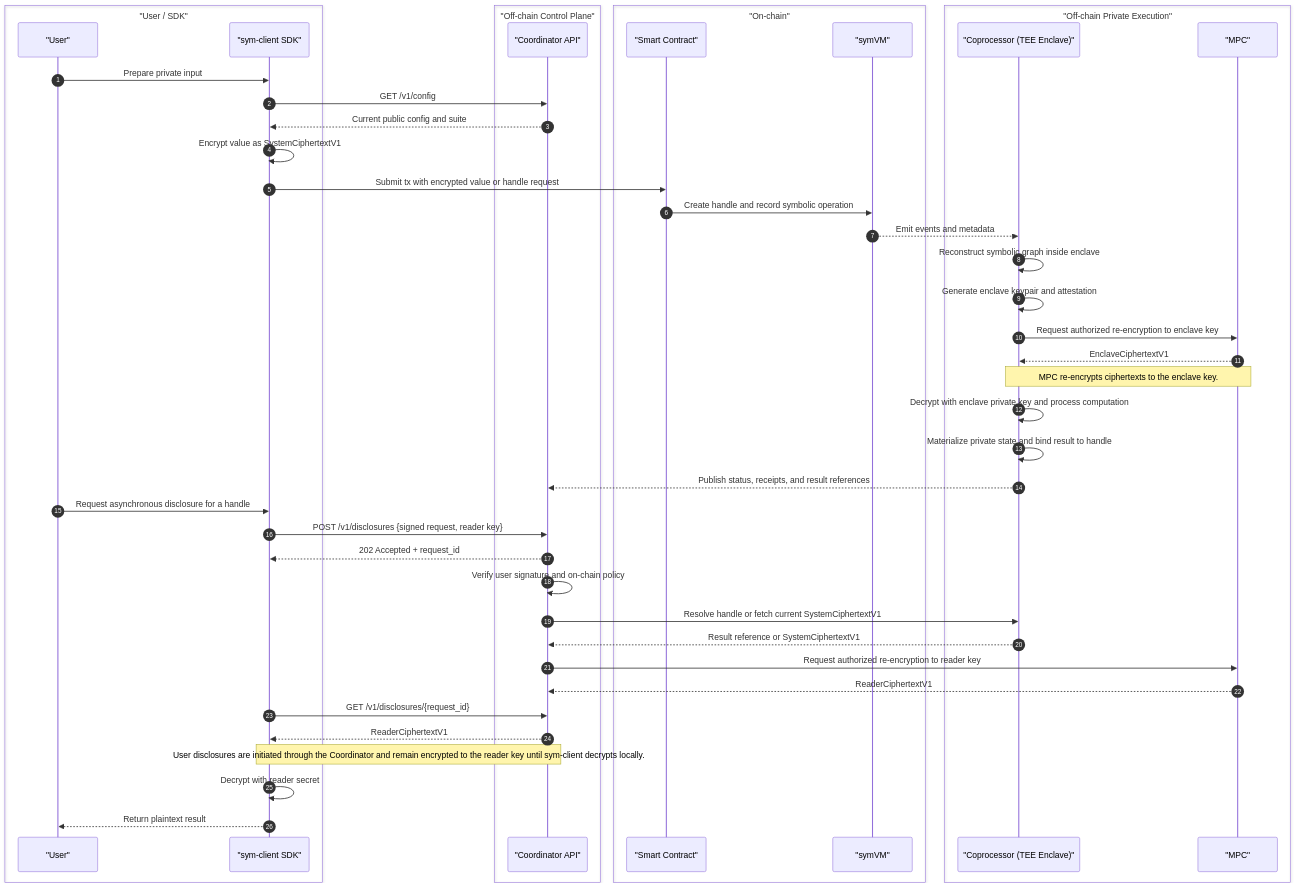
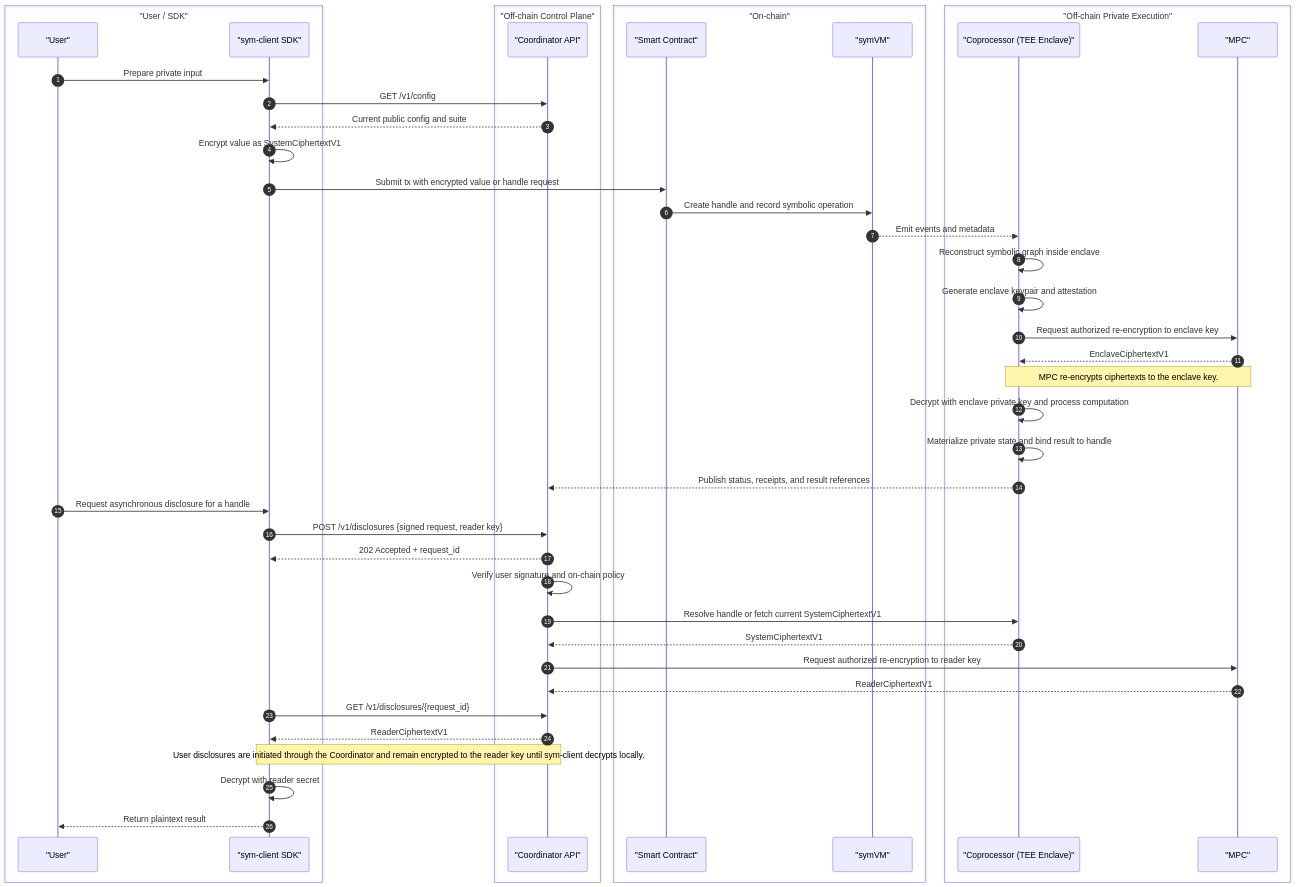
The diagram in README.md (Symbolic-Execution/spec), drawn with Mermaid before and after one commit. The commit also changed other lines of this file and 8 other files, not shown here.

````diff
--- a/README.md
+++ b/README.md
@@ -38,49 +38,49 @@
 ```mermaid
 sequenceDiagram
     autonumber
     box "User / SDK"
         participant U as "User"
         participant SC as "sym-client SDK"
     end
     box "Off-chain Control Plane"
         participant C as "Coordinator API"
     end
     box "On-chain"
         participant TK as "Smart Contract"
         participant SV as "symVM"
     end
     box "Off-chain Private Execution"
         participant CP as "Coprocessor (TEE Enclave)"
         participant M as "MPC"
     end
 
     U->>SC: Prepare private input
     SC->>C: GET /v1/config
     C-->>SC: Current public config and suite
     SC->>SC: Encrypt value as SystemCiphertextV1
     SC->>TK: Submit tx with encrypted value or handle request
     TK->>SV: Create handle and record symbolic operation
     SV-->>CP: Emit events and metadata
     CP->>CP: Reconstruct symbolic graph inside enclave
     CP->>CP: Generate enclave keypair and attestation
     CP->>M: Request authorized re-encryption to enclave key
     M-->>CP: EnclaveCiphertextV1
     Note over CP,M: MPC re-encrypts ciphertexts to the enclave key.
     CP->>CP: Decrypt with enclave private key and process computation
     CP->>CP: Materialize private state and bind result to handle
     CP-->>C: Publish status, receipts, and result references
 
     U->>SC: Request asynchronous disclosure for a handle
     SC->>C: POST /v1/disclosures {signed request, reader key}
     C-->>SC: 202 Accepted + request_id
     C->>C: Verify user signature and on-chain policy
     C->>CP: Resolve handle or fetch current SystemCiphertextV1
-    CP-->>C: Result reference or SystemCiphertextV1
+    CP-->>C: SystemCiphertextV1
     C->>M: Request authorized re-encryption to reader key
     M-->>C: ReaderCiphertextV1
     SC->>C: GET /v1/disclosures/{request_id}
     C-->>SC: ReaderCiphertextV1
     Note over SC,C: User disclosures are initiated through the Coordinator and remain encrypted to the reader key until sym-client decrypts locally.
     SC->>SC: Decrypt with reader secret
     SC-->>U: Return plaintext result
 ```
````
